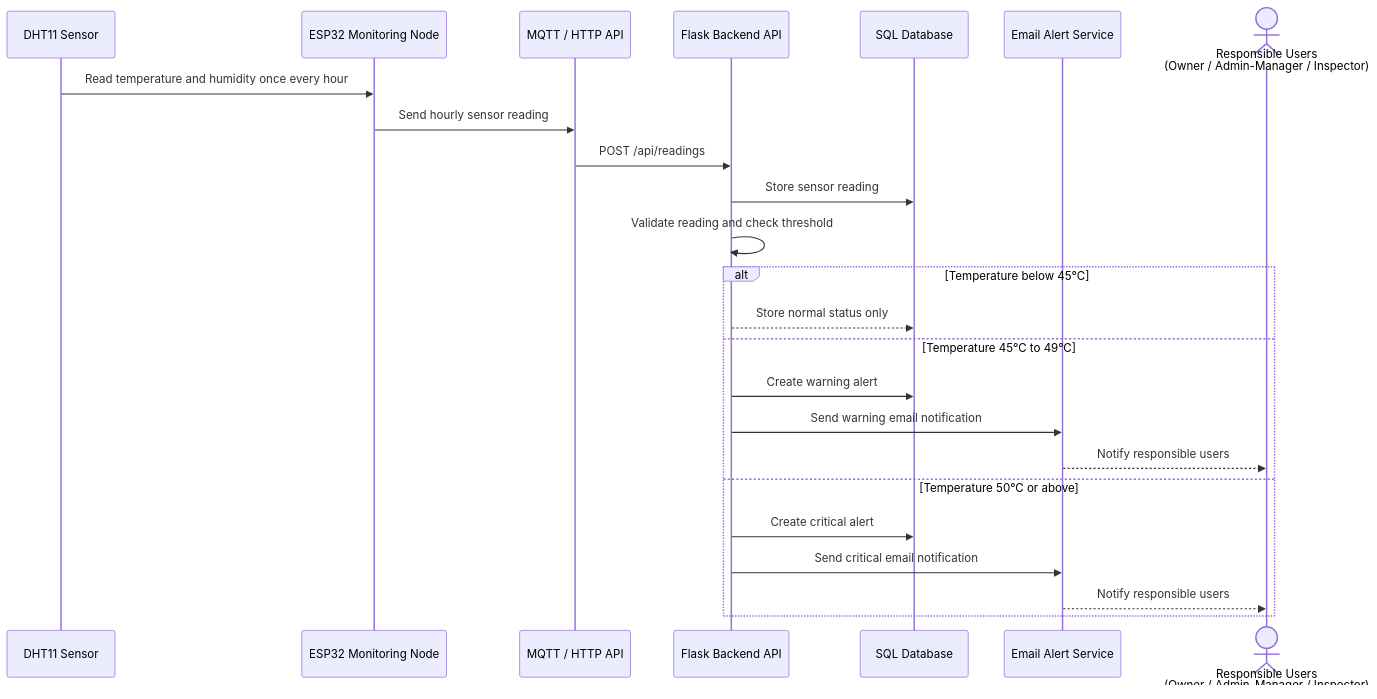
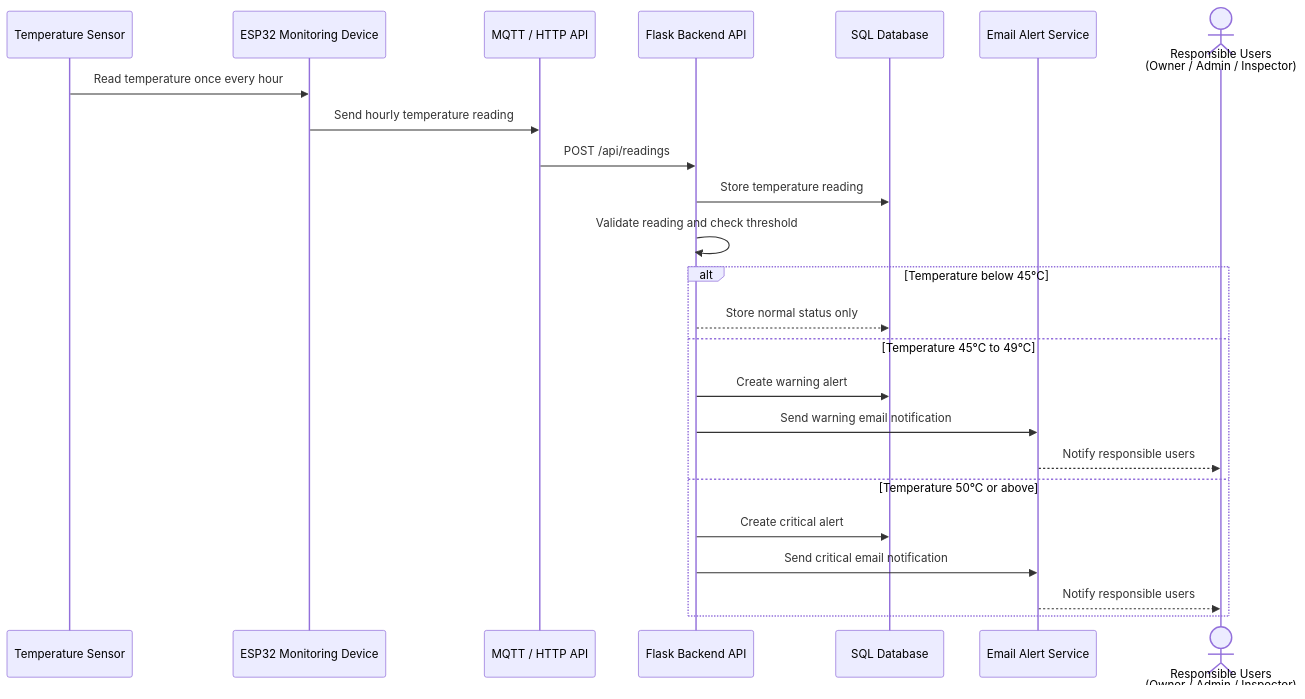
One commit to rabea14180-max/Portfolio-Project changed the third of 5 diagrams in Stage 3/3. Create High-Level Sequence Diagrams/High-Level Sequence Diagrams.md. Above: the diagram before and after it, drawn with Mermaid. The commit also changed other lines of this file, not shown here.

Commit message:
Update High-Level Sequence Diagrams.md

````diff
--- a/Stage 3/3. Create High-Level Sequence Diagrams/High-Level Sequence Diagrams.md
+++ b/Stage 3/3. Create High-Level Sequence Diagrams/High-Level Sequence Diagrams.md
@@ -41,28 +73,28 @@
 ```mermaid
 sequenceDiagram
-    participant Sensor as DHT11 Sensor
-    participant ESP32 as ESP32 Monitoring Node
+    participant Sensor as Temperature Sensor
+    participant ESP32 as ESP32 Monitoring Device
     participant Comm as MQTT / HTTP API
     participant API as Flask Backend API
     participant DB as SQL Database
     participant Email as Email Alert Service
-    actor Users as Responsible Users<br/>(Owner / Admin-Manager / Inspector)
+    actor Users as Responsible Users<br/>(Owner / Admin / Inspector)
 
-    Sensor->>ESP32: Read temperature and humidity once every hour
-    ESP32->>Comm: Send hourly sensor reading
+    Sensor->>ESP32: Read temperature once every hour
+    ESP32->>Comm: Send hourly temperature reading
     Comm->>API: POST /api/readings
-    API->>DB: Store sensor reading
+    API->>DB: Store temperature reading
     API->>API: Validate reading and check threshold
 
     alt Temperature below 45°C
         API-->>DB: Store normal status only
     else Temperature 45°C to 49°C
         API->>DB: Create warning alert
         API->>Email: Send warning email notification
         Email-->>Users: Notify responsible users
     else Temperature 50°C or above
         API->>DB: Create critical alert
         API->>Email: Send critical email notification
         Email-->>Users: Notify responsible users
     end
 ```
````
